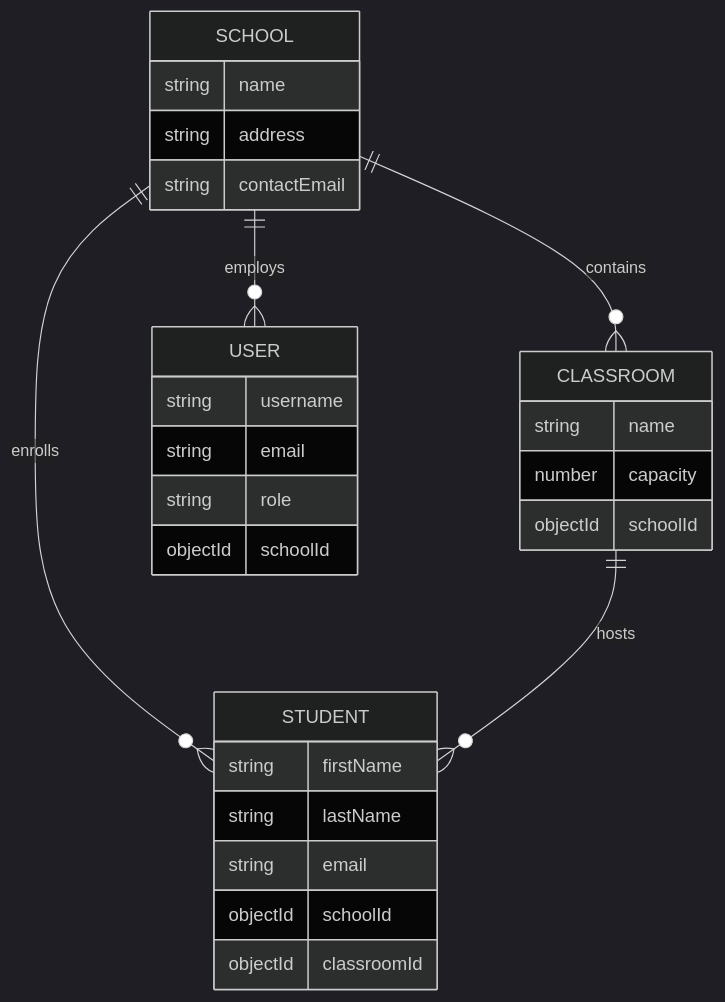
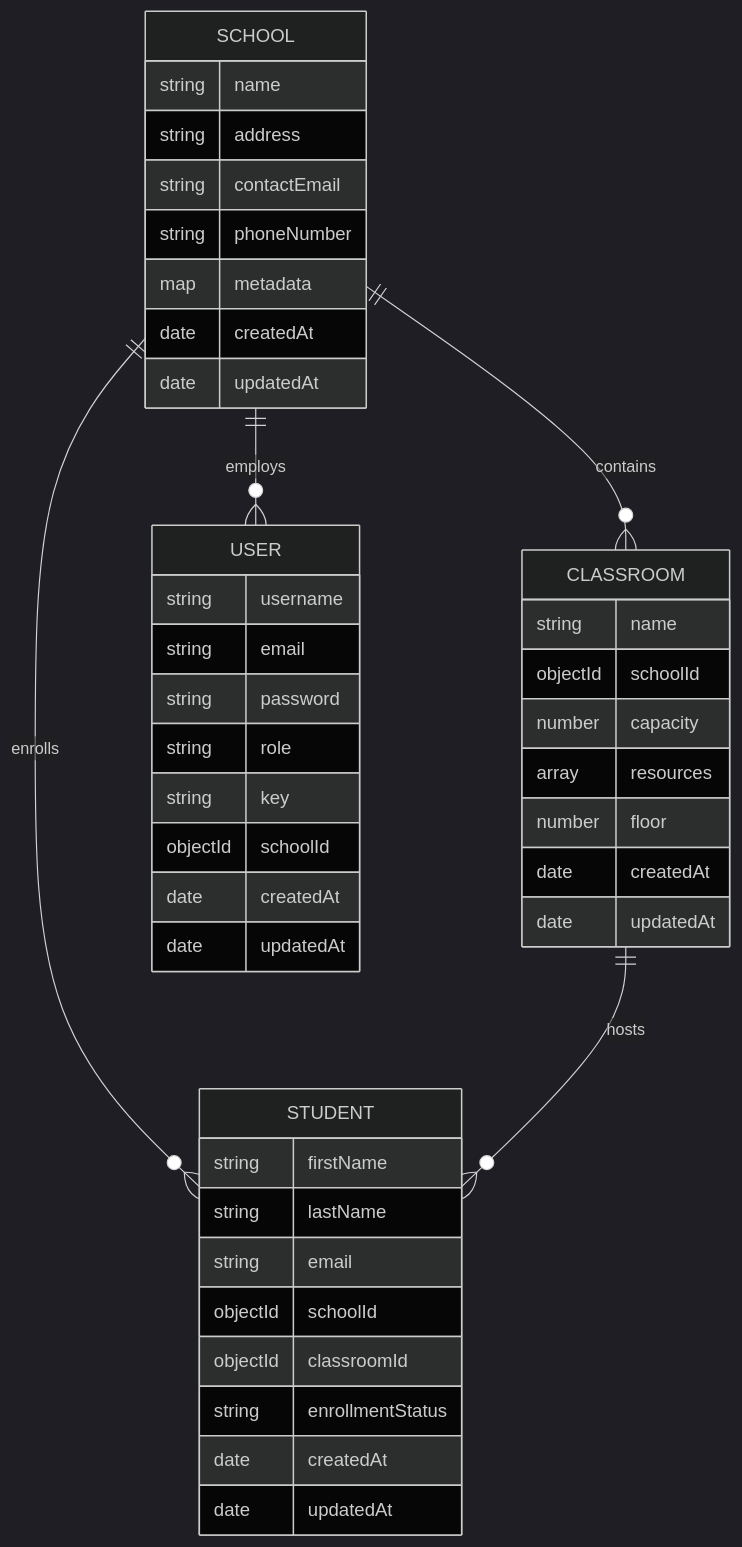
Before and after one commit to Adigun-Mubaraq/School-Management-System-API: the diagram in README.md, drawn with Mermaid (dark theme).

Commit message:
docs: update ER diagram fields in README
Add missing fields to USER, SCHOOL, CLASSROOM, and STUDENT entities to reflect complete data model. Include password, key, timestamps, metadata, and status fields that were previously omitted from the documentation.

````diff
--- a/README.md
+++ b/README.md
@@ -62,31 +62,46 @@
 ```mermaid
 erDiagram
     SCHOOL ||--o{ CLASSROOM : contains
     SCHOOL ||--o{ USER : employs
     SCHOOL ||--o{ STUDENT : enrolls
     CLASSROOM ||--o{ STUDENT : hosts
     
     USER {
         string username
         string email
+        string password
         string role
+        string key
         objectId schoolId
+        date createdAt
+        date updatedAt
     }
     SCHOOL {
         string name
         string address
         string contactEmail
+        string phoneNumber
+        map metadata
+        date createdAt
+        date updatedAt
     }
     CLASSROOM {
         string name
+        objectId schoolId
         number capacity
-        objectId schoolId
+        array resources
+        number floor
+        date createdAt
+        date updatedAt
     }
     STUDENT {
         string firstName
         string lastName
         string email
         objectId schoolId
         objectId classroomId
+        string enrollmentStatus
+        date createdAt
+        date updatedAt
     }
 ```
````
